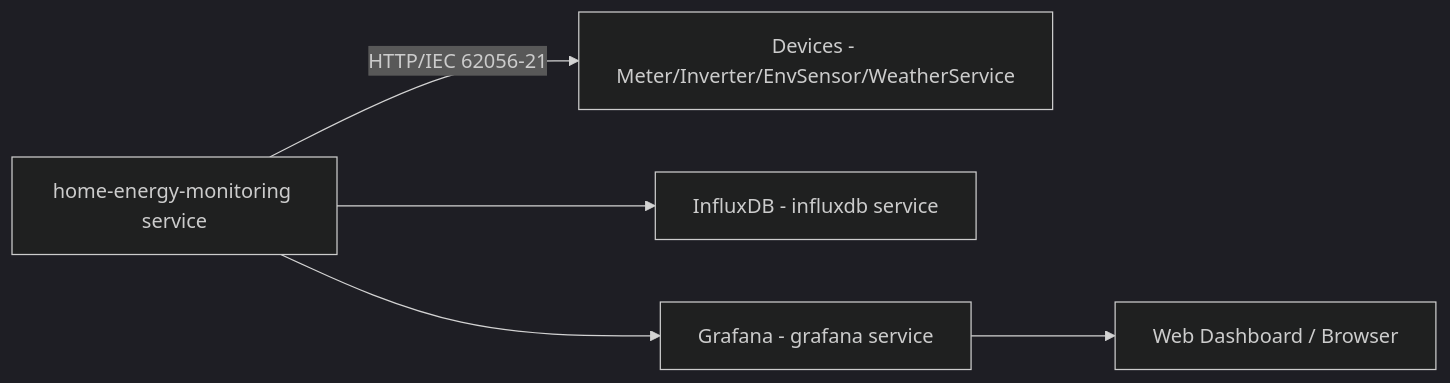
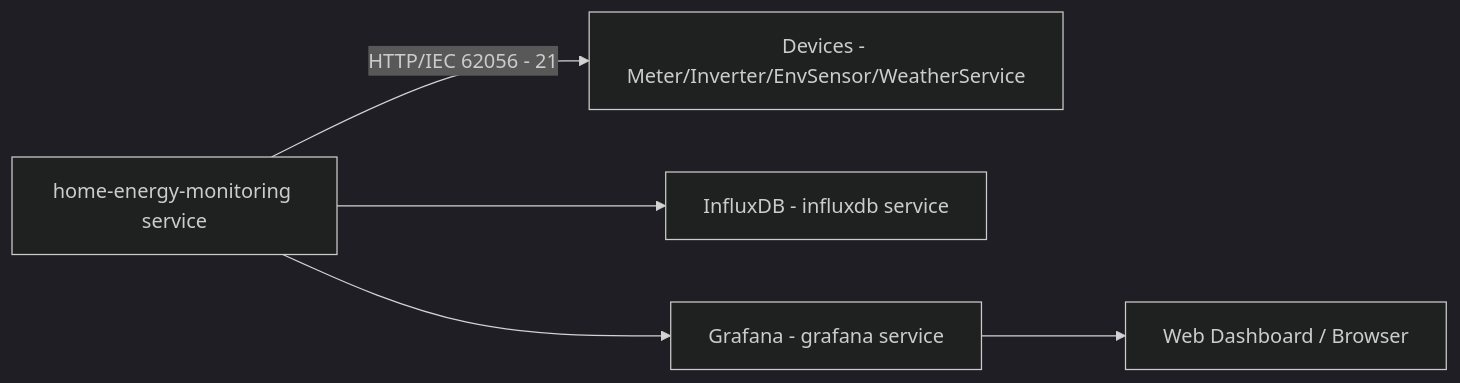
The diagram in README.md (ksw1984/home-energy-monitoring), drawn with Mermaid (dark theme) before and after one commit. The commit also changed other lines of this file and 12 other files, not shown here.

````diff
--- a/README.md
+++ b/README.md
@@ -48,7 +50,7 @@
 ```mermaid
 flowchart LR
-  Collector[home-energy-monitoring service] -->|HTTP/IEC 62056-21| S[Devices - Meter/Inverter/EnvSensor/WeatherService]
-  Collector --> Influx[InfluxDB - influxdb service]
-  Collector --> Grafana[Grafana - grafana service]
-  Grafana --> User[Web Dashboard / Browser]
+    Collector[home-energy-monitoring service] -->|HTTP/IEC 62056 - 21| S[Devices - Meter/Inverter/EnvSensor/WeatherService]
+    Collector --> Influx[InfluxDB - influxdb service]
+    Collector --> Grafana[Grafana - grafana service]
+    Grafana --> User[Web Dashboard / Browser]
 ```
````
